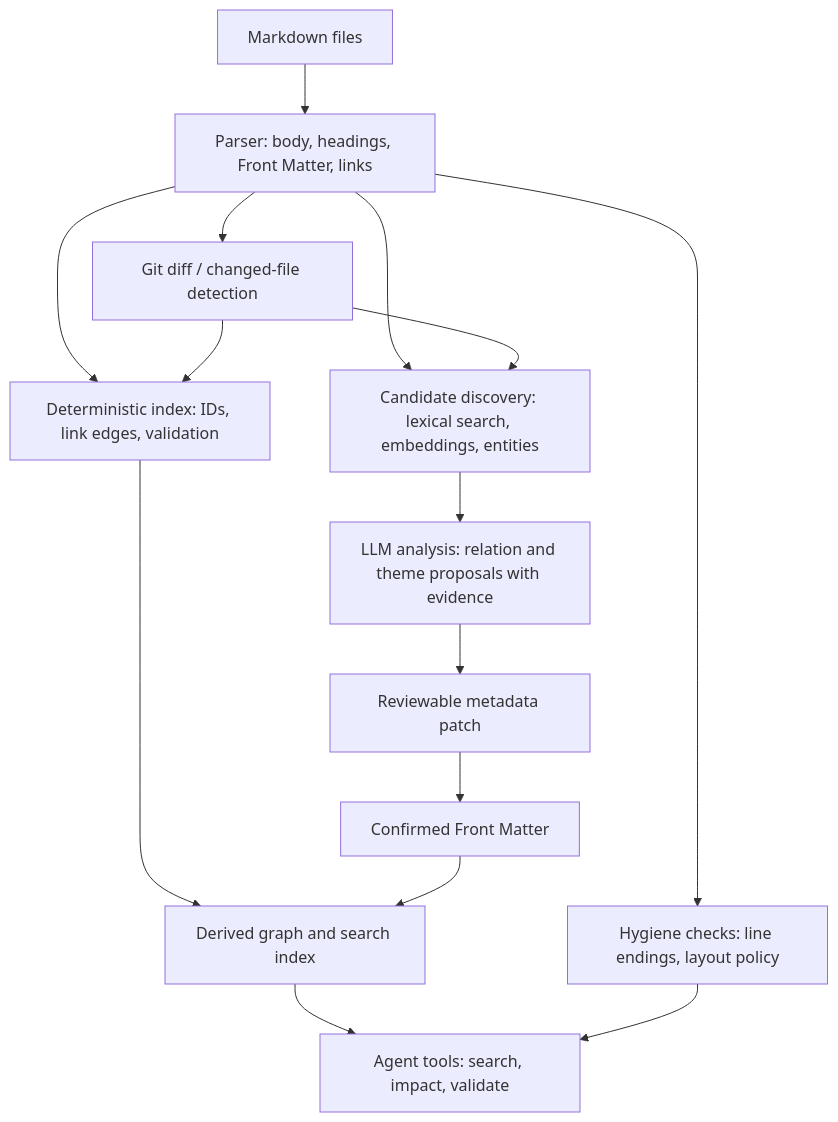
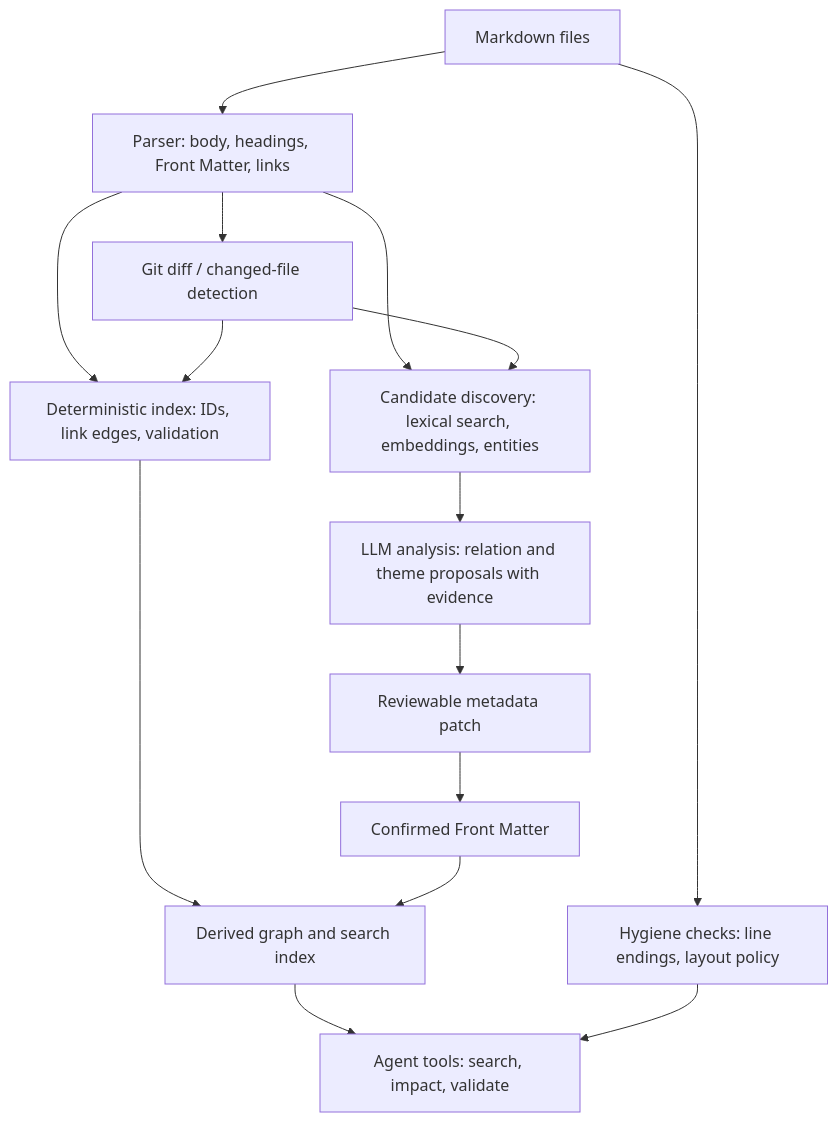
The diagram in docs/architecture.md (x-dc-coder/md-lineage), drawn with Mermaid before and after one commit. The commit also changed other lines of this file and 11 other files, not shown here.

```diff
--- a/docs/architecture.md
+++ b/docs/architecture.md
@@ -7,17 +7,17 @@
 ~~~mermaid
 flowchart TD
   A[Markdown files] --> B[Parser: body, headings, Front Matter, links]
+  A --> C2[Hygiene checks: line endings, layout policy]
   B --> C[Deterministic index: IDs, link edges, validation]
-  B --> C2[Hygiene checks: line endings, layout policy]
   B --> D[Candidate discovery: lexical search, embeddings, entities]
   D --> E[LLM analysis: relation and theme proposals with evidence]
   E --> F[Reviewable metadata patch]
   F --> G[Confirmed Front Matter]
   C --> H[Derived graph and search index]
   G --> H
   H --> I[Agent tools: search, impact, validate]
   C2 --> I
   B --> J[Git diff / changed-file detection]
   J --> C
   J --> D
 ~~~
```
